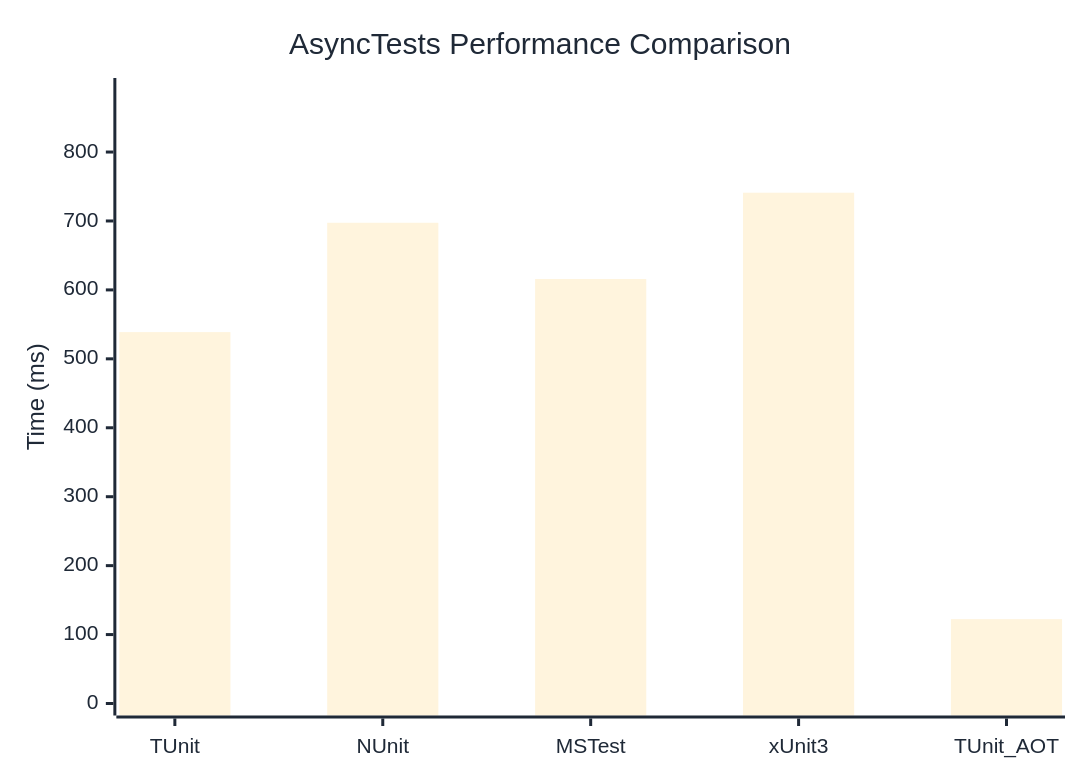
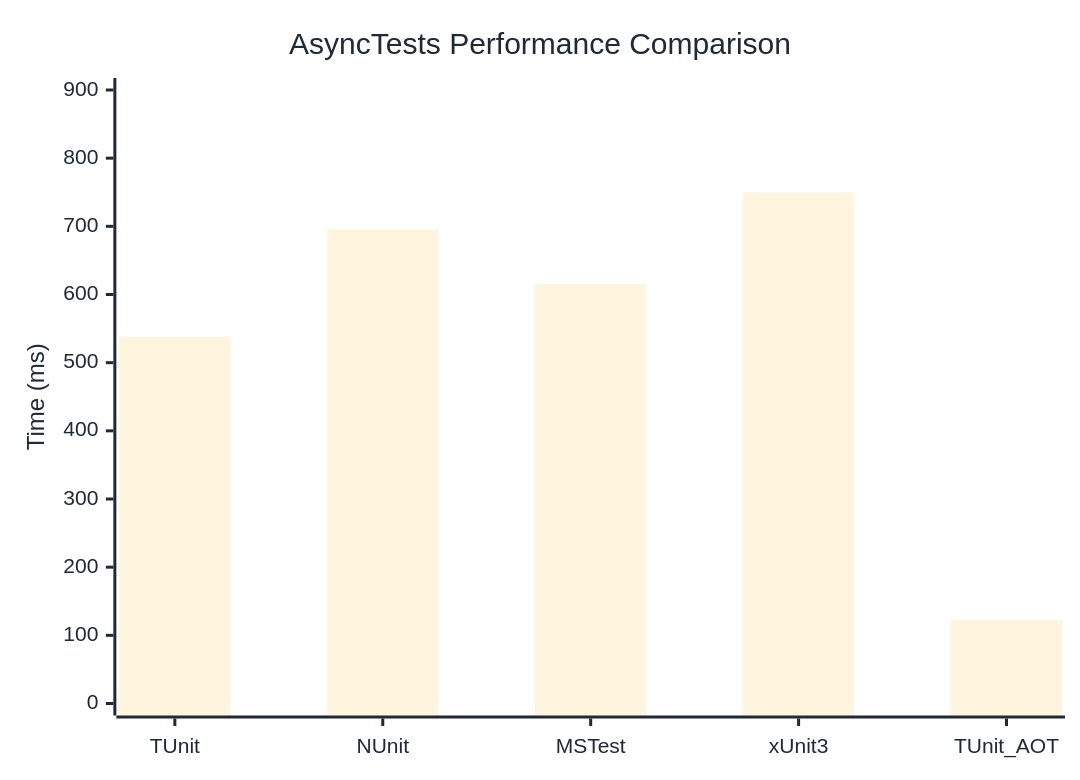
The diagram in docs/docs/benchmarks/AsyncTests.md (thomhurst/TUnit), drawn with Mermaid before and after one commit. The commit also changed other lines of this file and 17 other files, not shown here.

````diff
--- a/docs/docs/benchmarks/AsyncTests.md
+++ b/docs/docs/benchmarks/AsyncTests.md
@@ -27,37 +27,37 @@
 ```mermaid
 %%{init: {
   'theme':'base',
   'themeVariables': {
     'primaryColor': '#2563eb',
     'primaryTextColor': '#1f2937',
     'primaryBorderColor': '#1e40af',
     'lineColor': '#6b7280',
     'secondaryColor': '#7c3aed',
     'tertiaryColor': '#dc2626',
     'background': '#ffffff',
     'mainBkg': '#2563eb',
     'secondBkg': '#7c3aed',
     'tertiaryBkg': '#dc2626',
     'clusterBkg': '#f3f4f6',
     'edgeLabelBackground': '#ffffff',
     'tertiaryTextColor': '#1f2937',
     'pie1': '#2563eb',
     'pie2': '#7c3aed',
     'pie3': '#dc2626',
     'pie4': '#f59e0b',
     'pie5': '#10b981',
     'pie6': '#06b6d4',
     'pie7': '#ec4899',
     'pie8': '#6366f1',
     'pie9': '#84cc16',
     'pie10': '#f97316',
     'pie11': '#14b8a6',
     'pie12': '#a855f7'
   }
 }}%%
 xychart-beta
   title "AsyncTests Performance Comparison"
   x-axis ["TUnit", "NUnit", "MSTest", "xUnit3", "TUnit_AOT"]
-  y-axis "Time (ms)" 0 --> 890
-  bar [538.8, 697.4, 615.8, 741, 122.4]
+  y-axis "Time (ms)" 0 --> 900
+  bar [538, 695.5, 615.5, 749.3, 122.9]
 ```
````
